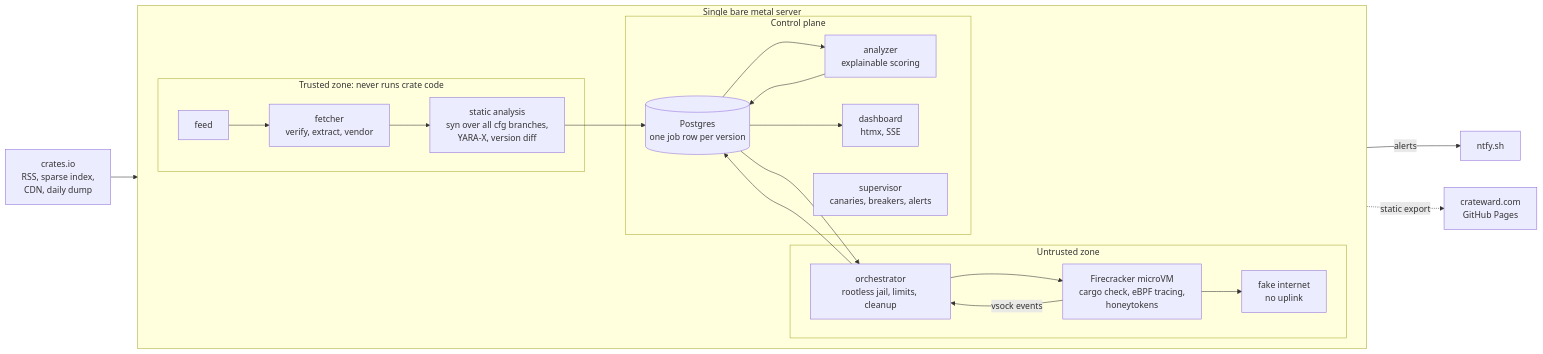
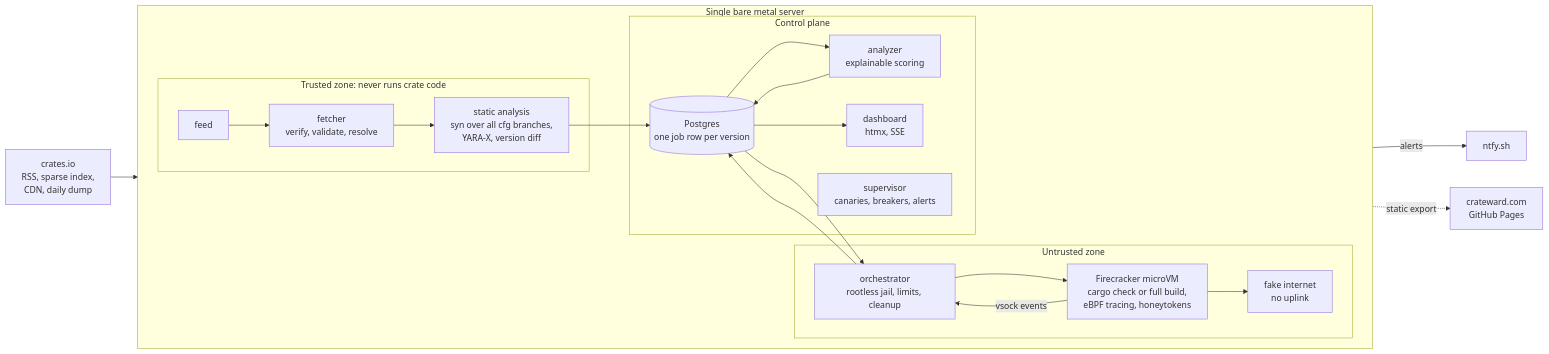
One commit to janfedler/crateward changed the diagram in README.md. Above: the diagram before and after it, drawn with Mermaid. The commit also changed other lines of this file and 2 other files, not shown here.

````diff
--- a/README.md
+++ b/README.md
@@ -27,26 +31,26 @@
 ```mermaid
 flowchart LR
     cio[crates.io<br/>RSS, sparse index,<br/>CDN, daily dump]
     subgraph server[Single bare metal server]
         direction LR
         subgraph trusted[Trusted zone: never runs crate code]
-            feed[feed] --> fetcher[fetcher<br/>verify, extract, vendor]
+            feed[feed] --> fetcher[fetcher<br/>verify, validate, resolve]
             fetcher --> sa[static analysis<br/>syn over all cfg branches,<br/>YARA-X, version diff]
         end
         subgraph untrusted[Untrusted zone]
-            orch[orchestrator<br/>rootless jail, limits, cleanup] --> vm[Firecracker microVM<br/>cargo check, eBPF tracing,<br/>honeytokens]
+            orch[orchestrator<br/>rootless jail, limits, cleanup] --> vm[Firecracker microVM<br/>cargo check or full build,<br/>eBPF tracing, honeytokens]
             vm --> fi[fake internet<br/>no uplink]
         end
         subgraph control[Control plane]
             pg[(Postgres<br/>one job row per version)]
             an[analyzer<br/>explainable scoring]
             web[dashboard<br/>htmx, SSE]
             sup[supervisor<br/>canaries, breakers, alerts]
         end
         sa --> pg --> orch
         vm -- vsock events --> orch --> pg --> an --> pg --> web
     end
     cio --> feed
     sup -- alerts --> ext[ntfy.sh]
     web -. static export .-> pages[crateward.com<br/>GitHub Pages]
 ```
````
